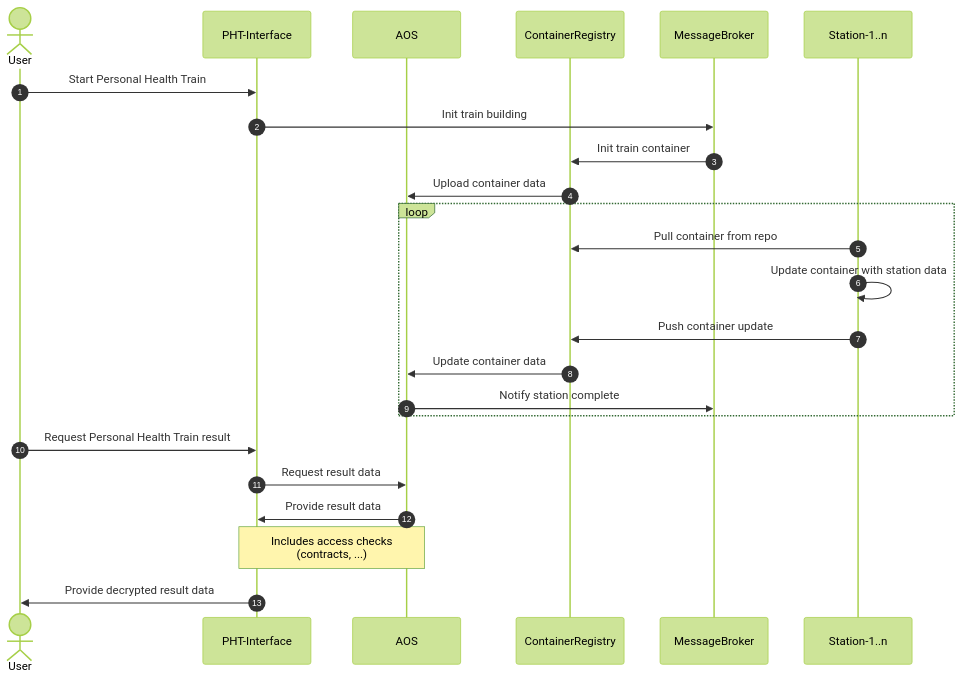
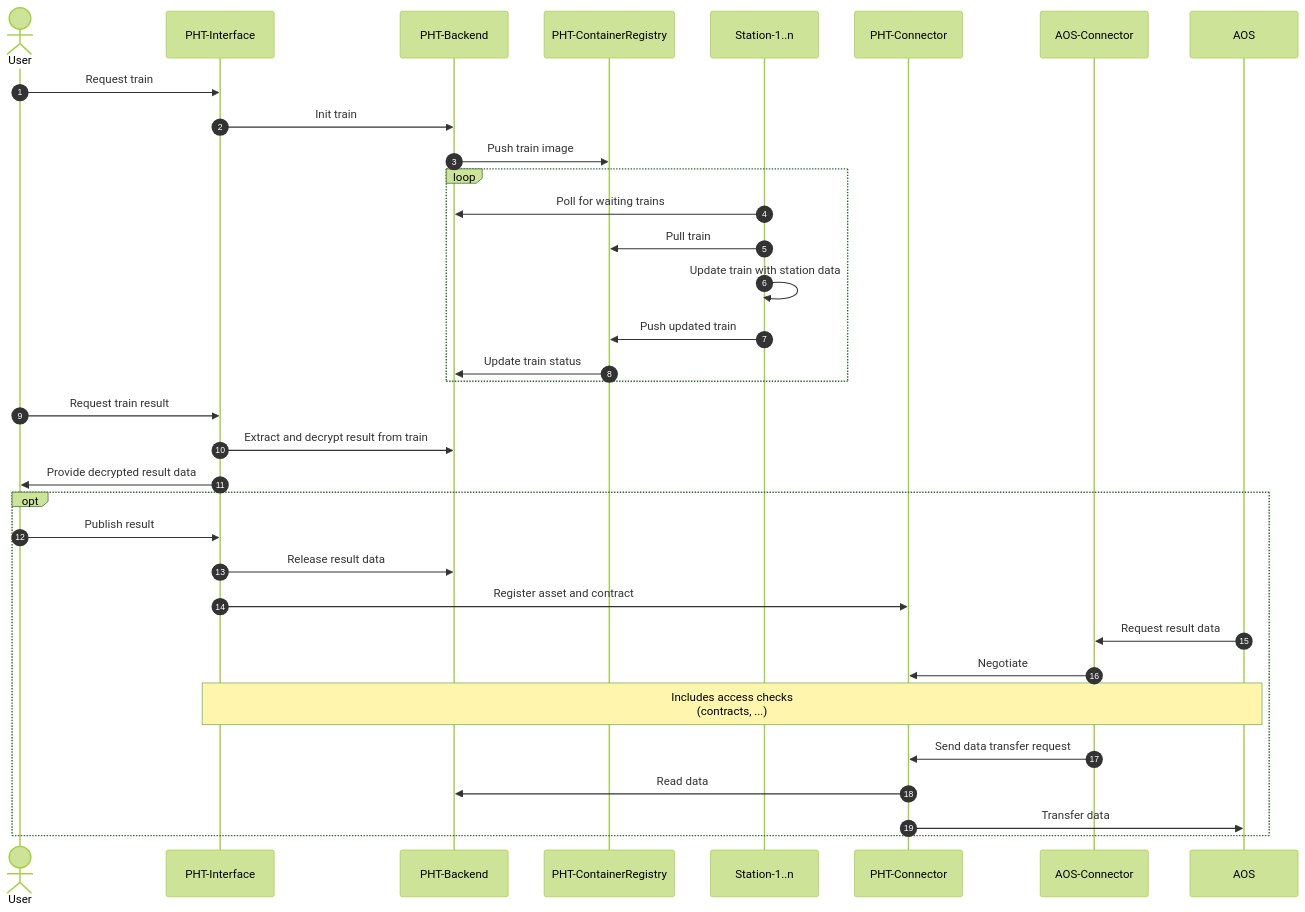
The diagram in demonstrators/AP4.3_PHT_SequenceDiagram.md (FAIR-DS4NFDI/reference-architecture), drawn with Mermaid (forest theme) before and after one commit.

Commit message:
update AP4.3 diagram

````diff
--- a/demonstrators/AP4.3_PHT_SequenceDiagram.md
+++ b/demonstrators/AP4.3_PHT_SequenceDiagram.md
@@ -1,32 +1,43 @@
 ```mermaid
 sequenceDiagram
     autonumber
     actor User
     participant PHT-Interface
+    participant PHT-Backend
+    participant PHT-ContainerRegistry
+    participant Station-1..n
+    participant PHT-Connector
+    participant AOS-Connector
     participant AOS
-    participant ContainerRegistry
-    participant MessageBroker
-    participant Station-1..n
 
-    User ->> PHT-Interface: Start Personal Health Train
-    PHT-Interface ->> MessageBroker: Init train building
-    MessageBroker ->> ContainerRegistry: Init train container
-    ContainerRegistry ->> AOS: Upload container data
+    User ->> PHT-Interface: Request train
+    PHT-Interface ->> PHT-Backend: Init train
+    PHT-Backend ->> PHT-ContainerRegistry: Push train image
     
     loop
-    Station-1..n ->> ContainerRegistry: Pull container from repo
-    Station-1..n ->> Station-1..n: Update container with station data
-    Station-1..n ->> ContainerRegistry: Push container update
-    ContainerRegistry ->> AOS: Update container data
-    AOS ->> MessageBroker: Notify station complete
+    Station-1..n ->> PHT-Backend: Poll for waiting trains
+    Station-1..n ->> PHT-ContainerRegistry: Pull train
+    Station-1..n ->> Station-1..n: Update train with station data
+    Station-1..n ->> PHT-ContainerRegistry: Push updated train
+    PHT-ContainerRegistry ->> PHT-Backend: Update train status
     end
 
-    User ->> PHT-Interface: Request Personal Health Train result
+    User ->> PHT-Interface: Request train result
+    PHT-Interface ->> PHT-Backend: Extract and decrypt result from train
+    PHT-Interface ->> User: Provide decrypted result data
+    
+    opt
 
-    PHT-Interface ->> AOS: Request result data
+    User ->> PHT-Interface: Publish result
+    PHT-Interface ->> PHT-Backend: Release result data
+    PHT-Interface ->> PHT-Connector: Register asset and contract
 
-    AOS ->> PHT-Interface: Provide result data
+    AOS ->> AOS-Connector: Request result data
+    AOS-Connector ->> PHT-Connector: Negotiate
     Note over AOS,PHT-Interface: Includes access checks<br/>(contracts, ...)
+    AOS-Connector ->> PHT-Connector: Send data transfer request
+    PHT-Connector ->> PHT-Backend: Read data
+    PHT-Connector ->> AOS: Transfer data
 
-    PHT-Interface ->> User: Provide decrypted result data
+    end
 ```
````
